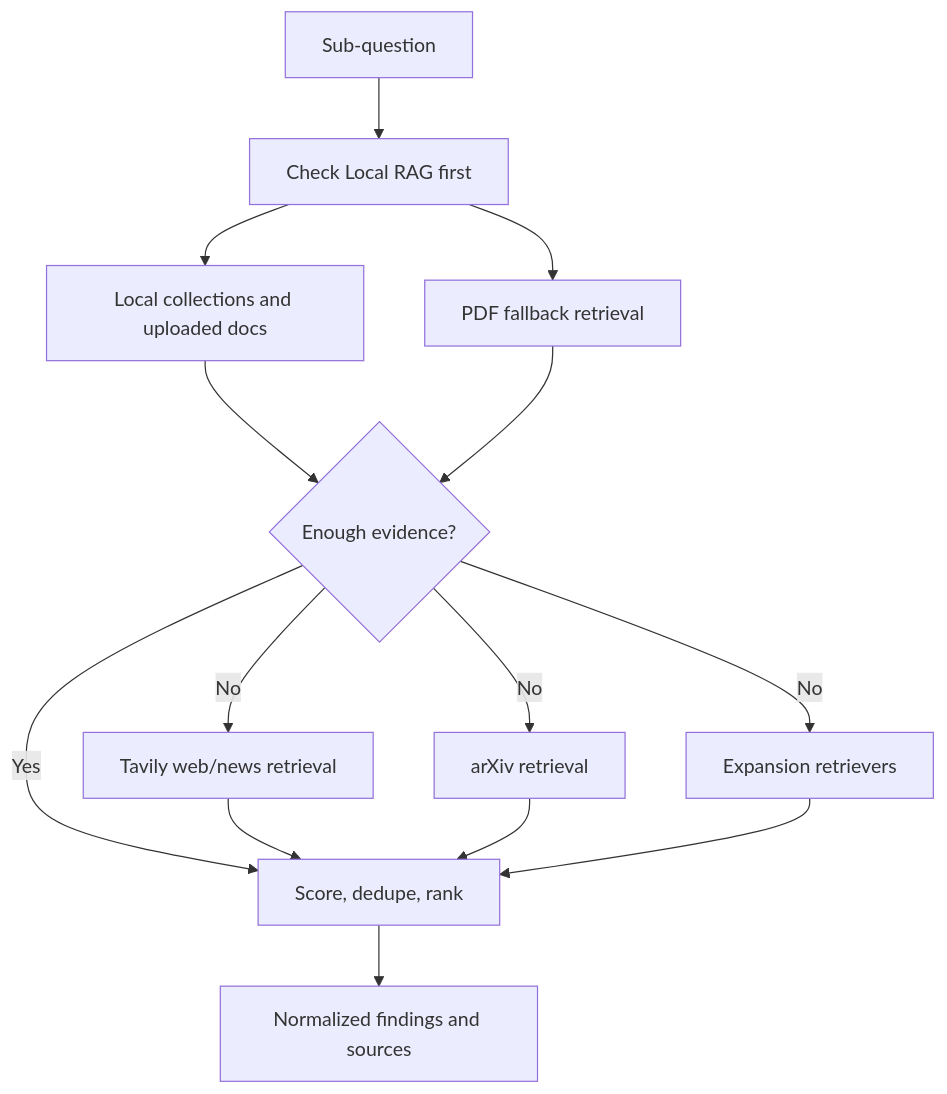
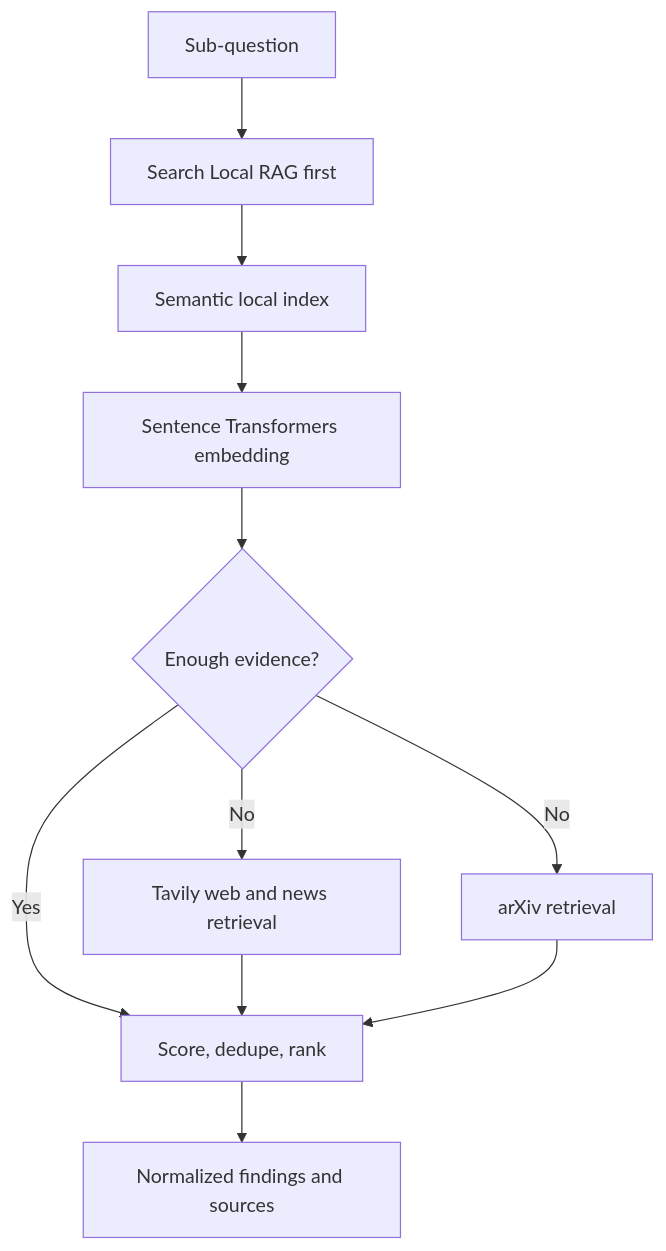
The third of 8 diagrams in Group_9/ai-hackathon/docs/WORKFLOW_DIAGRAMS.md (greenp8888/Submissions_C5), drawn with Mermaid before and after one commit. The commit also changed other lines of this file and 61 other files, not shown here.

````diff
--- a/Group_9/ai-hackathon/docs/WORKFLOW_DIAGRAMS.md
+++ b/Group_9/ai-hackathon/docs/WORKFLOW_DIAGRAMS.md
@@ -39,27 +70,23 @@
 ```mermaid
 flowchart TD
     Question[Sub-question]
-    LocalFirst[Check Local RAG first]
-    LocalDocs[Local collections and uploaded docs]
-    PDFFallback[PDF fallback retrieval]
+    LocalFirst[Search Local RAG first]
+    LocalIndex[Semantic local index]
+    Embed[Sentence Transformers embedding]
     NeedMore{Enough evidence?}
-    Web[Tavily web/news retrieval]
+    Web[Tavily web and news retrieval]
     Arxiv[arXiv retrieval]
-    Expansion[Expansion retrievers]
     Score[Score, dedupe, rank]
     Findings[Normalized findings and sources]
 
     Question --> LocalFirst
-    LocalFirst --> LocalDocs
-    LocalFirst --> PDFFallback
-    LocalDocs --> NeedMore
-    PDFFallback --> NeedMore
+    LocalFirst --> LocalIndex
+    LocalIndex --> Embed
+    Embed --> NeedMore
+    NeedMore -- Yes --> Score
     NeedMore -- No --> Web
     NeedMore -- No --> Arxiv
-    NeedMore -- No --> Expansion
-    NeedMore -- Yes --> Score
     Web --> Score
     Arxiv --> Score
-    Expansion --> Score
     Score --> Findings
 ```
````
